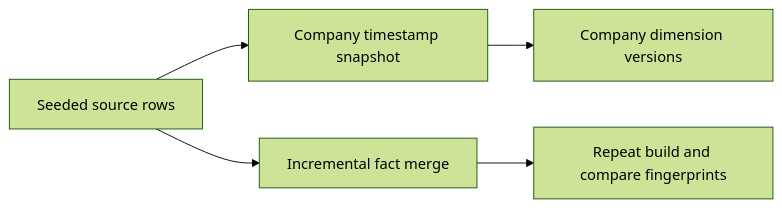
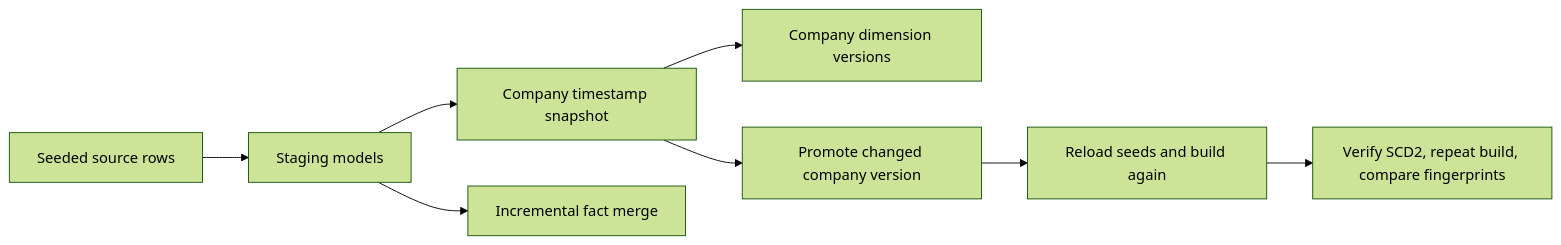
Before and after one commit to kakali-bandyopadhyay/ai-ready-data-warehouse: the fourth of 5 diagrams in docs/ARCHITECTURE.md, drawn with Mermaid (forest theme). The commit also changed other lines of this file and 66 other files, not shown here.

````diff
--- a/docs/ARCHITECTURE.md
+++ b/docs/ARCHITECTURE.md
@@ -47,7 +53,10 @@
 ```mermaid
 flowchart LR
-  SOURCE[Seeded source rows] --> SNAP[Company timestamp snapshot]
+  SOURCE[Seeded source rows] --> STAGING[Staging models]
+  STAGING --> SNAP[Company timestamp snapshot]
   SNAP --> HIST[Company dimension versions]
-  SOURCE --> FACT[Incremental fact merge]
-  FACT --> CHECK[Repeat build and compare fingerprints]
+  STAGING --> FACT[Incremental fact merge]
+  SNAP --> PROMOTE[Promote changed company version]
+  PROMOTE --> RELOAD[Reload seeds and build again]
+  RELOAD --> CHECK[Verify SCD2, repeat build, compare fingerprints]
 ```
````
